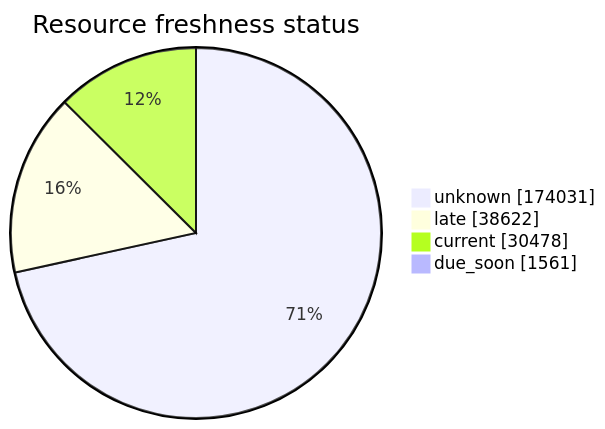
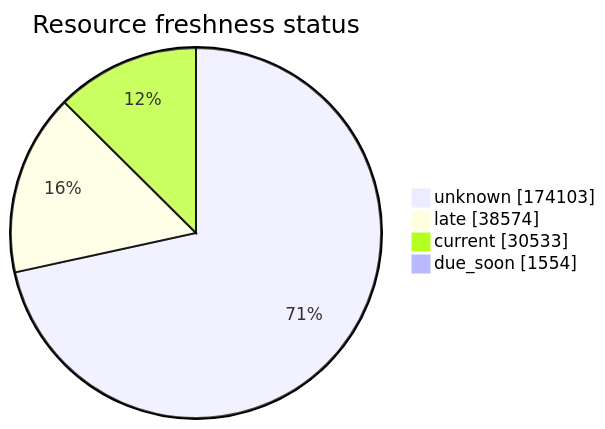
Before and after one commit to open-data/analytics-corporate-reporting: the third of 5 diagrams in FreshCheck/README.md, drawn with Mermaid. The commit also changed other lines of this file and 3 other files, not shown here.

````diff
--- a/FreshCheck/README.md
+++ b/FreshCheck/README.md
@@ -77,7 +77,7 @@
 ```mermaid
 pie showData title Resource freshness status
-    "unknown": 174031
-    "late": 38622
-    "current": 30478
-    "due_soon": 1561
+    "unknown": 174103
+    "late": 38574
+    "current": 30533
+    "due_soon": 1554
 ```
````
